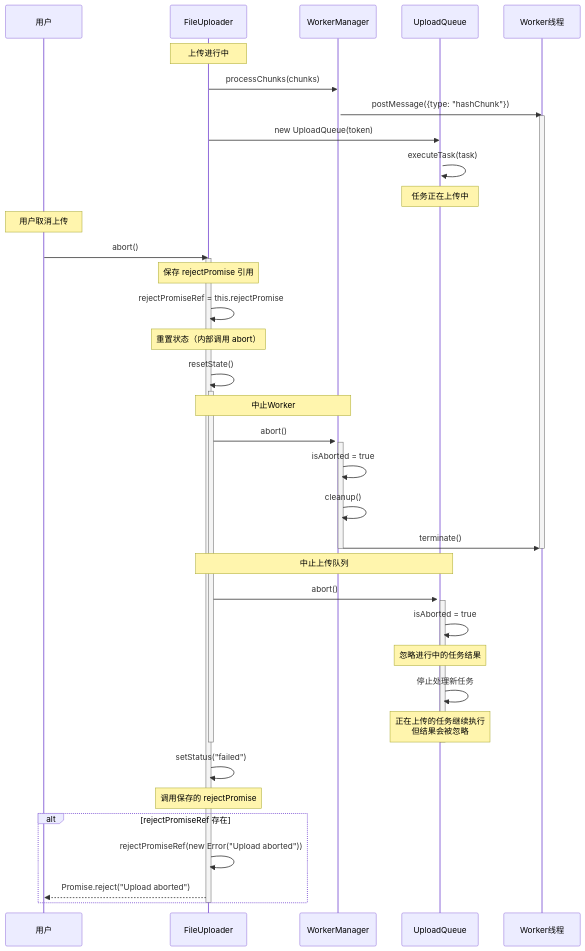
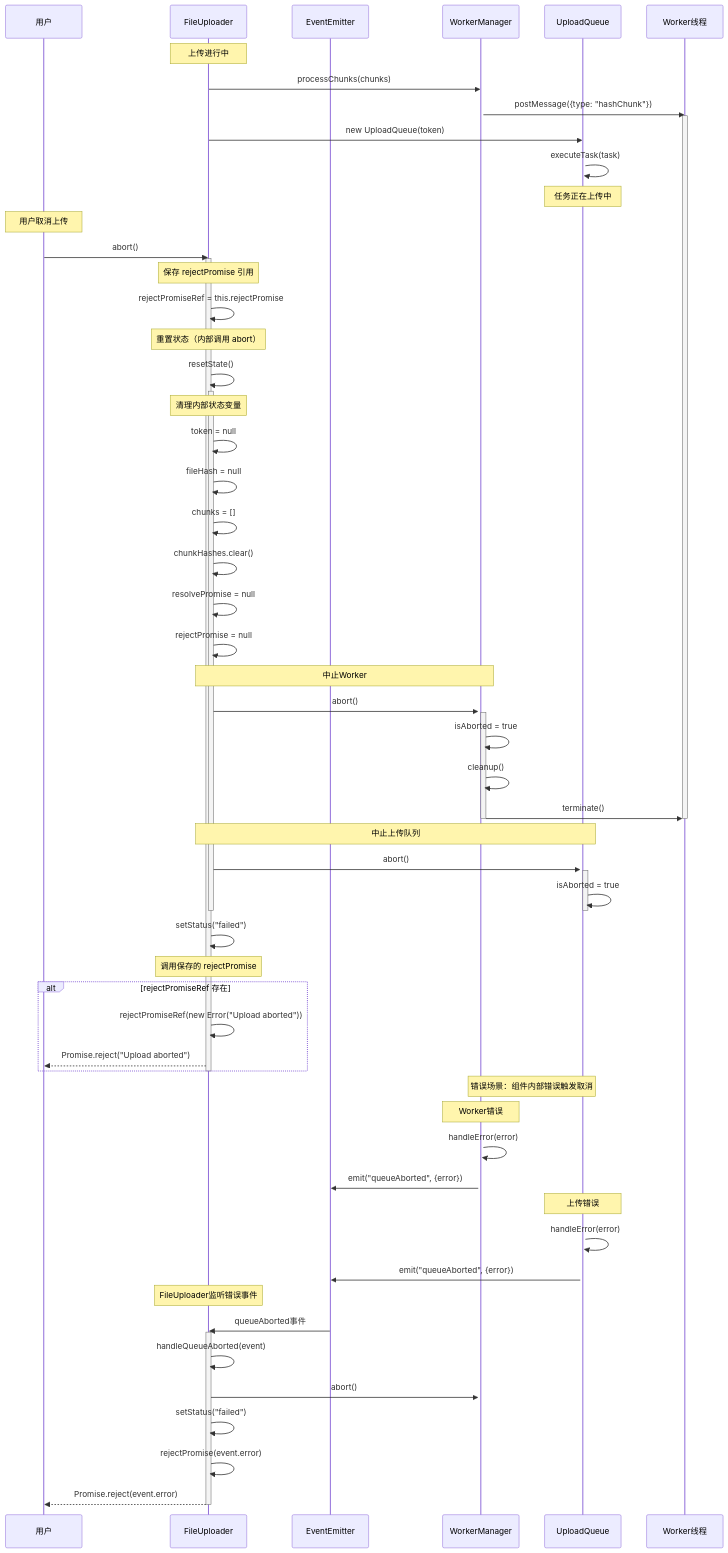
The diagram in sequence-diagram/06-abort-upload.md (warmeaf/wl-upload), drawn with Mermaid before and after one commit. The commit also changed other lines of this file, not shown here.

Commit message:
feat: 更新时序图

````diff
--- a/sequence-diagram/06-abort-upload.md
+++ b/sequence-diagram/06-abort-upload.md
@@ -10,6 +10,7 @@
 sequenceDiagram
     participant User as 用户
     participant FU as FileUploader
+    participant Emitter as EventEmitter
     participant WM as WorkerManager
     participant UQ as UploadQueue
     participant Worker as Worker线程
@@ -19,23 +20,31 @@
     activate WM
     WM->>Worker: postMessage({type: "hashChunk"})
     activate Worker
-    
+
     FU->>UQ: new UploadQueue(token)
     activate UQ
     UQ->>UQ: executeTask(task)
     Note over UQ: 任务正在上传中
-    
+
     Note over User: 用户取消上传
     User->>FU: abort()
     activate FU
-    
+
     Note over FU: 保存 rejectPromise 引用
     FU->>FU: rejectPromiseRef = this.rejectPromise
-    
+
     Note over FU: 重置状态（内部调用 abort）
     FU->>FU: resetState()
     activate FU
-    
+
+    Note over FU: 清理内部状态变量
+    FU->>FU: token = null
+    FU->>FU: fileHash = null
+    FU->>FU: chunks = []
+    FU->>FU: chunkHashes.clear()
+    FU->>FU: resolvePromise = null
+    FU->>FU: rejectPromise = null
+
     Note over FU,WM: 中止Worker
     FU->>WM: abort()
     activate WM
@@ -44,26 +53,42 @@
     WM->>Worker: terminate()
     deactivate Worker
     deactivate WM
-    
+
     Note over FU,UQ: 中止上传队列
     FU->>UQ: abort()
     activate UQ
     UQ->>UQ: isAborted = true
-    
-    Note over UQ: 忽略进行中的任务结果
-    UQ->>UQ: 停止处理新任务
-    Note over UQ: 正在上传的任务继续执行<br/>但结果会被忽略
     deactivate UQ
-    
+
     deactivate FU
-    
+
     FU->>FU: setStatus("failed")
-    
+
     Note over FU: 调用保存的 rejectPromise
     alt rejectPromiseRef 存在
         FU->>FU: rejectPromiseRef(new Error("Upload aborted"))
         FU-->>User: Promise.reject("Upload aborted")
     end
-    
+
+    deactivate FU
+
+    Note over WM,UQ: 错误场景：组件内部错误触发取消
+
+    Note over WM: Worker错误
+    WM->>WM: handleError(error)
+    WM->>Emitter: emit("queueAborted", {error})
+
+    Note over UQ: 上传错误
+    UQ->>UQ: handleError(error)
+    UQ->>Emitter: emit("queueAborted", {error})
+
+    Note over FU: FileUploader监听错误事件
+    Emitter->>FU: queueAborted事件
+    activate FU
+    FU->>FU: handleQueueAborted(event)
+    FU->>WM: abort()
+    FU->>FU: setStatus("failed")
+    FU->>FU: rejectPromise(event.error)
+    FU-->>User: Promise.reject(event.error)
     deactivate FU
 ```
````
